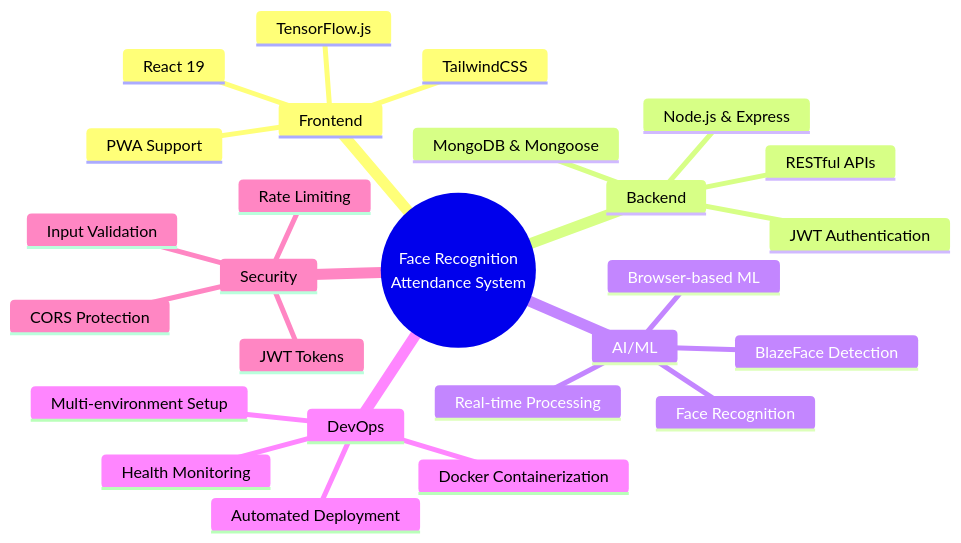
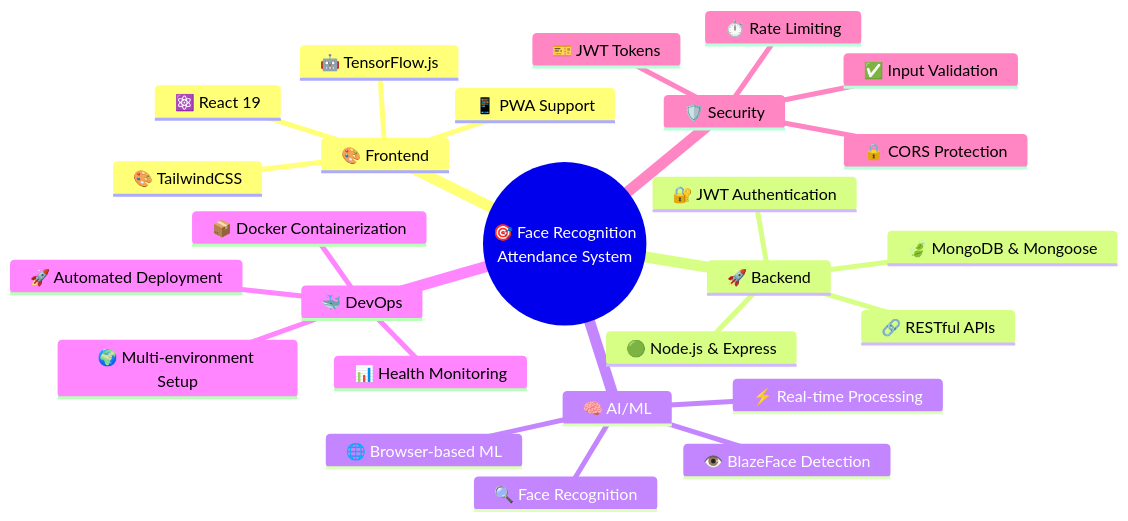
Before and after one commit to AAYUSH412/Face-Recognition-Attendance-System: the second of 2 diagrams in README.md, drawn with Mermaid. The commit also changed other lines of this file and 30 other files, not shown here.

````diff
--- a/README.md
+++ b/README.md
@@ -1383,30 +1497,30 @@
 ```mermaid
 mindmap
-  root((Face Recognition
+  root((🎯 Face Recognition
     Attendance System))
-    Frontend
-      React 19
-      TensorFlow.js
-      TailwindCSS
-      PWA Support
-    Backend
-      Node.js & Express
-      MongoDB & Mongoose
-      JWT Authentication
-      RESTful APIs
-    AI/ML
-      BlazeFace Detection
-      Face Recognition
-      Real-time Processing
-      Browser-based ML
-    DevOps
-      Docker Containerization
-      Multi-environment Setup
-      Health Monitoring
-      Automated Deployment
-    Security
-      JWT Tokens
-      Rate Limiting
-      Input Validation
-      CORS Protection
+    🎨 Frontend
+      ⚛️ React 19
+      🤖 TensorFlow.js
+      🎨 TailwindCSS
+      📱 PWA Support
+    🚀 Backend
+      🟢 Node.js & Express
+      🍃 MongoDB & Mongoose
+      🔐 JWT Authentication
+      🔗 RESTful APIs
+    🧠 AI/ML
+      👁️ BlazeFace Detection
+      🔍 Face Recognition
+      ⚡ Real-time Processing
+      🌐 Browser-based ML
+    🐳 DevOps
+      📦 Docker Containerization
+      🌍 Multi-environment Setup
+      📊 Health Monitoring
+      🚀 Automated Deployment
+    🛡️ Security
+      🎫 JWT Tokens
+      ⏱️ Rate Limiting
+      ✅ Input Validation
+      🔒 CORS Protection
 ```
````
